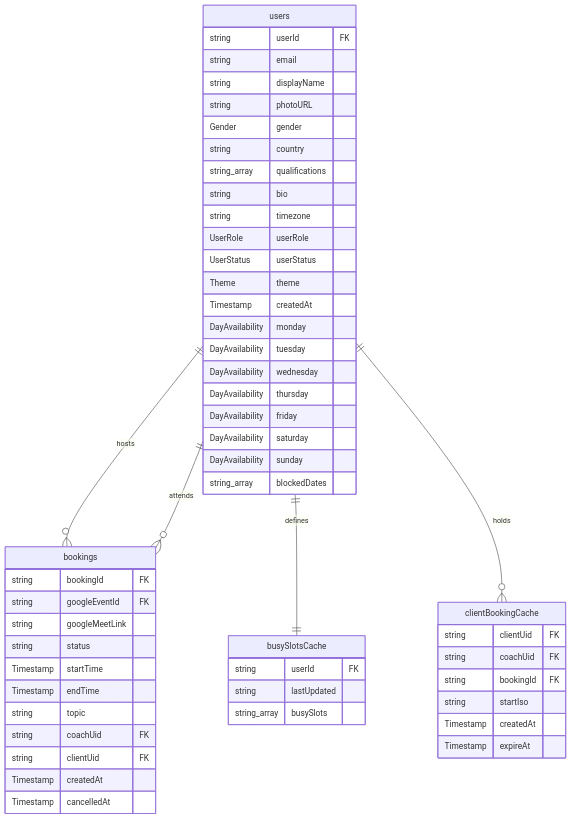
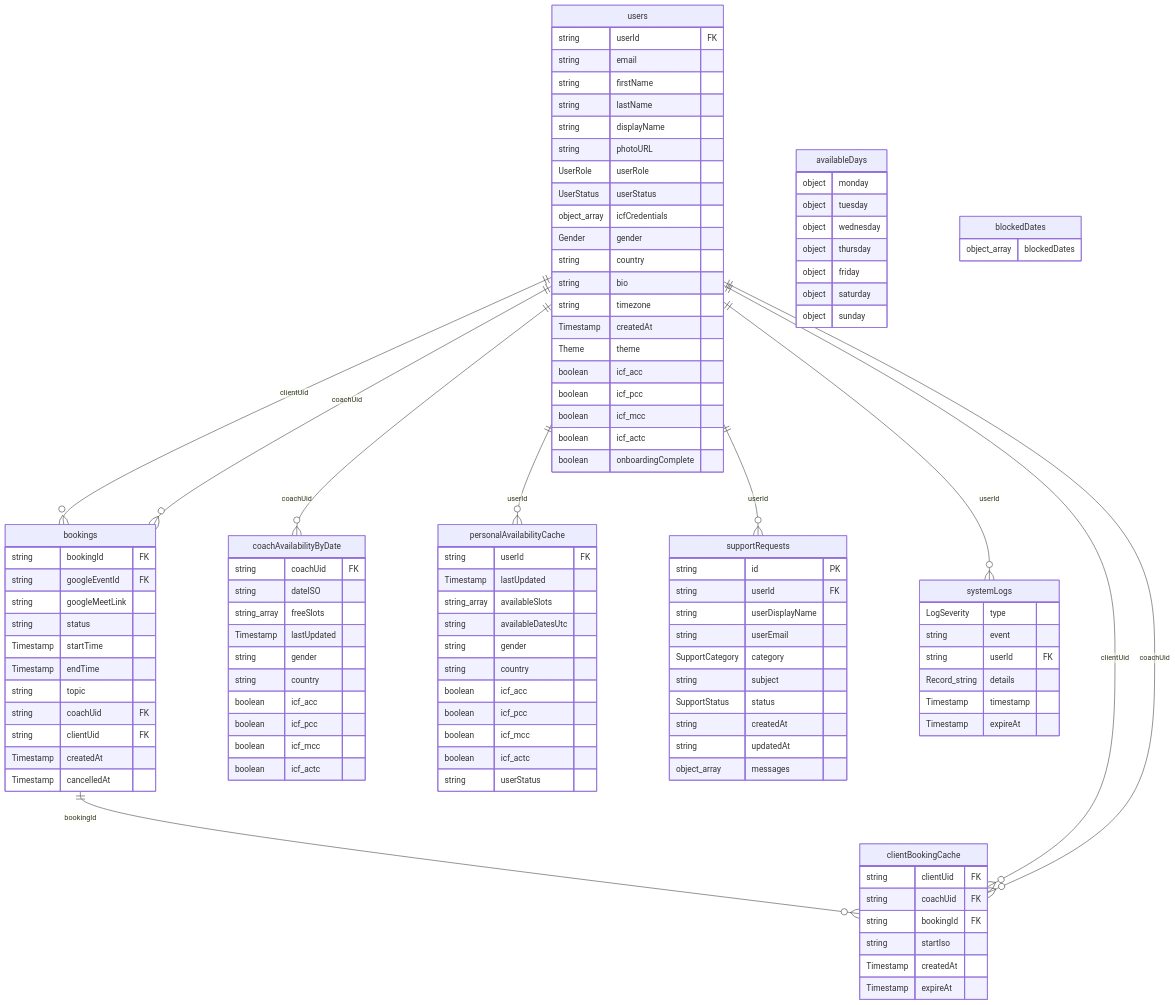
The diagram in docs/schema-erd.md (premkumar-masilamani/peer-coaching-network), drawn with Mermaid before and after one commit. The commit also changed other lines of this file and 13 other files, not shown here.

First line of the commit message:
Slot-Indexed Availability: per-coach per-day shards + GCal subtraction (#96) (#114)

````diff
--- a/docs/schema-erd.md
+++ b/docs/schema-erd.md
@@ -10,38 +11,27 @@
 ```mermaid
 erDiagram
-    users ||--o{ bookings : "hosts"
-    users ||--o{ bookings : "attends"
-    users ||--|| busySlotsCache : "defines"
-    users ||--o{ clientBookingCache : "holds"
+    bookings ||--o{ clientBookingCache : "bookingId"
+    users ||--o{ bookings : "clientUid"
+    users ||--o{ bookings : "coachUid"
+    users ||--o{ clientBookingCache : "clientUid"
+    users ||--o{ clientBookingCache : "coachUid"
+    users ||--o{ coachAvailabilityByDate : "coachUid"
+    users ||--o{ personalAvailabilityCache : "userId"
+    users ||--o{ supportRequests : "userId"
+    users ||--o{ systemLogs : "userId"
 
-    users {
-        string userId FK
-        string email
-        string displayName
-        string photoURL
-        Gender gender
-        string country
-        string_array qualifications
-        string bio
-        string timezone
-        UserRole userRole
-        UserStatus userStatus
-        Theme theme
-        Timestamp createdAt
-        DayAvailability monday
-        DayAvailability tuesday
-        DayAvailability wednesday
-        DayAvailability thursday
-        DayAvailability friday
-        DayAvailability saturday
-        DayAvailability sunday
-        string_array blockedDates
+    availableDays {
+        object monday
+        object tuesday
+        object wednesday
+        object thursday
+        object friday
+        object saturday
+        object sunday
     }
 
-    busySlotsCache {
-        string userId FK
-        string lastUpdated
-        string_array busySlots
+    blockedDates {
+        object_array blockedDates
     }
 
     bookings {
@@ -66,4 +56,76 @@
         Timestamp createdAt
         Timestamp expireAt
     }
+
+    coachAvailabilityByDate {
+        string coachUid FK
+        string dateISO
+        string_array freeSlots
+        Timestamp lastUpdated
+        string gender
+        string country
+        boolean icf_acc
+        boolean icf_pcc
+        boolean icf_mcc
+        boolean icf_actc
+    }
+
+    personalAvailabilityCache {
+        string userId FK
+        Timestamp lastUpdated
+        string_array availableSlots
+        string availableDatesUtc
+        string gender
+        string country
+        boolean icf_acc
+        boolean icf_pcc
+        boolean icf_mcc
+        boolean icf_actc
+        string userStatus
+    }
+
+    supportRequests {
+        string id PK
+        string userId FK
+        string userDisplayName
+        string userEmail
+        SupportCategory category
+        string subject
+        SupportStatus status
+        string createdAt
+        string updatedAt
+        object_array messages
+    }
+
+    systemLogs {
+        LogSeverity type
+        string event
+        string userId FK
+        Record_string details
+        Timestamp timestamp
+        Timestamp expireAt
+    }
+
+    users {
+        string userId FK
+        string email
+        string firstName
+        string lastName
+        string displayName
+        string photoURL
+        UserRole userRole
+        UserStatus userStatus
+        object_array icfCredentials
+        Gender gender
+        string country
+        string bio
+        string timezone
+        Timestamp createdAt
+        Theme theme
+        boolean icf_acc
+        boolean icf_pcc
+        boolean icf_mcc
+        boolean icf_actc
+        boolean onboardingComplete
+    }
 ```
````
